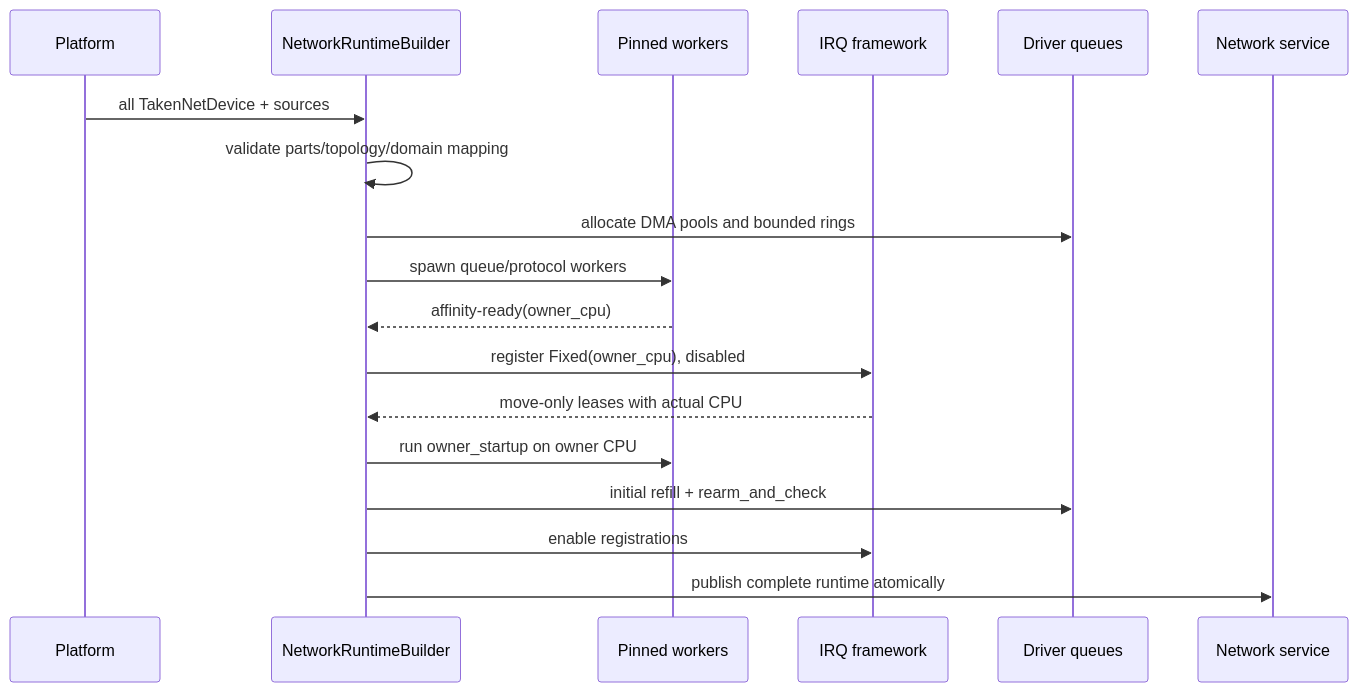
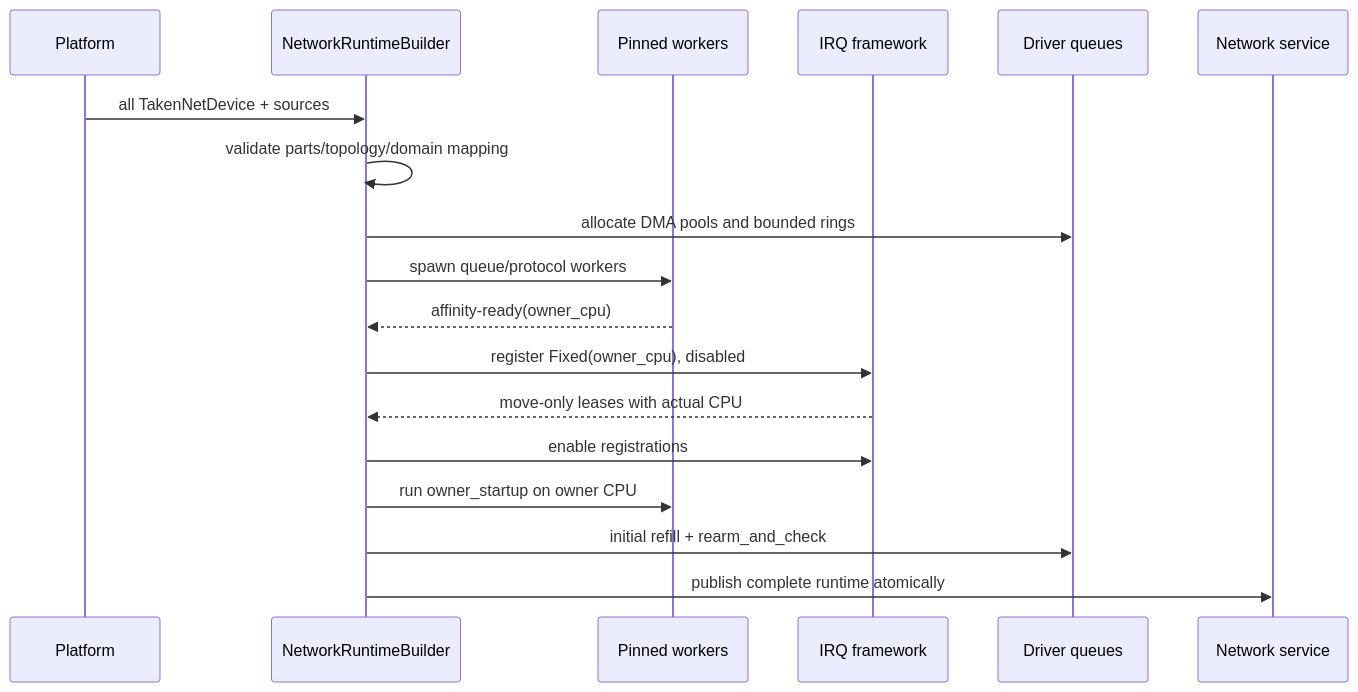
Before and after one commit to rcore-os/tgoskits: the third of 3 diagrams in docs/docs/architecture/net/queue-napi-runtime.md, drawn with Mermaid. The commit also changed other lines of this file and 10 other files, not shown here.

First line of the commit message:
Refactor network architecture documentation and improve clarity

````diff
--- a/docs/docs/architecture/net/queue-napi-runtime.md
+++ b/docs/docs/architecture/net/queue-napi-runtime.md
@@ -421,20 +428,20 @@
 ```mermaid
 sequenceDiagram
     participant P as Platform
     participant B as NetworkRuntimeBuilder
     participant W as Pinned workers
     participant I as IRQ framework
     participant D as Driver queues
     participant S as Network service
     P->>B: all TakenNetDevice + sources
     B->>B: validate parts/topology/domain mapping
     B->>D: allocate DMA pools and bounded rings
     B->>W: spawn queue/protocol workers
     W-->>B: affinity-ready(owner_cpu)
     B->>I: register Fixed(owner_cpu), disabled
     I-->>B: move-only leases with actual CPU
+    B->>I: enable registrations
     B->>W: run owner_startup on owner CPU
     B->>D: initial refill + rearm_and_check
-    B->>I: enable registrations
     B->>S: publish complete runtime atomically
 ```
````
